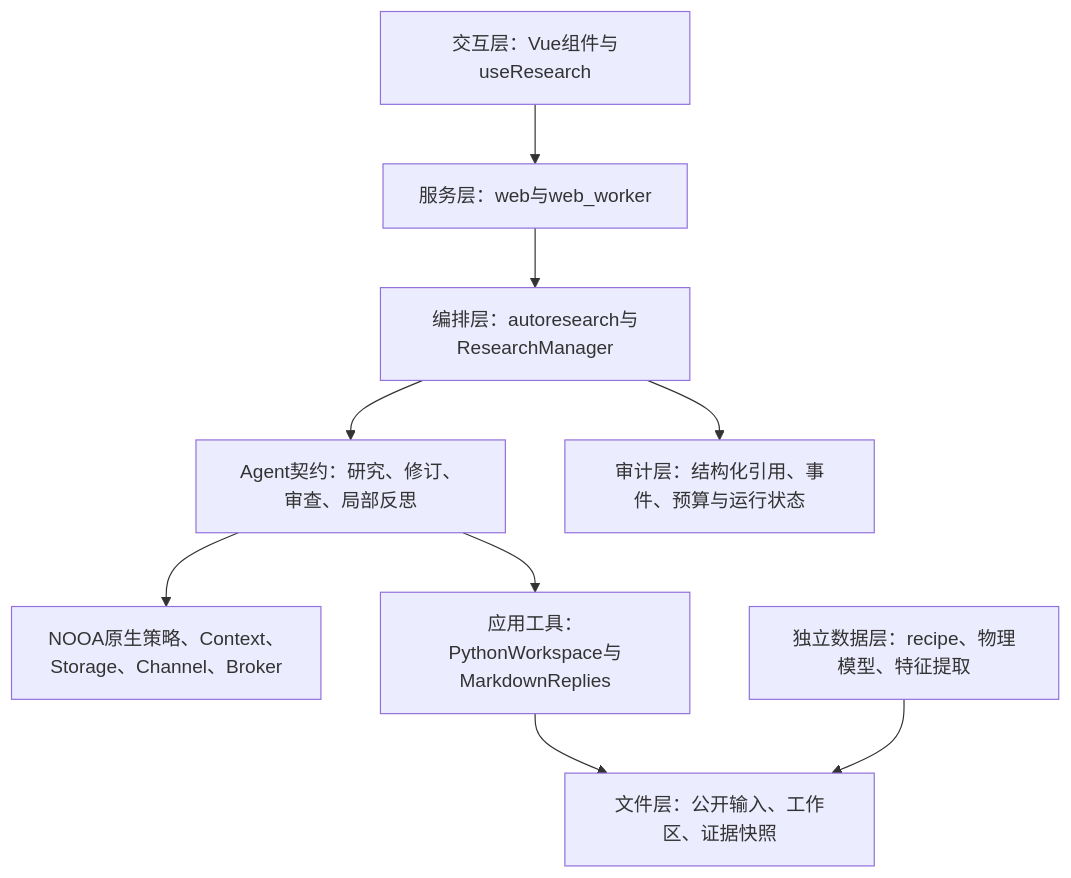
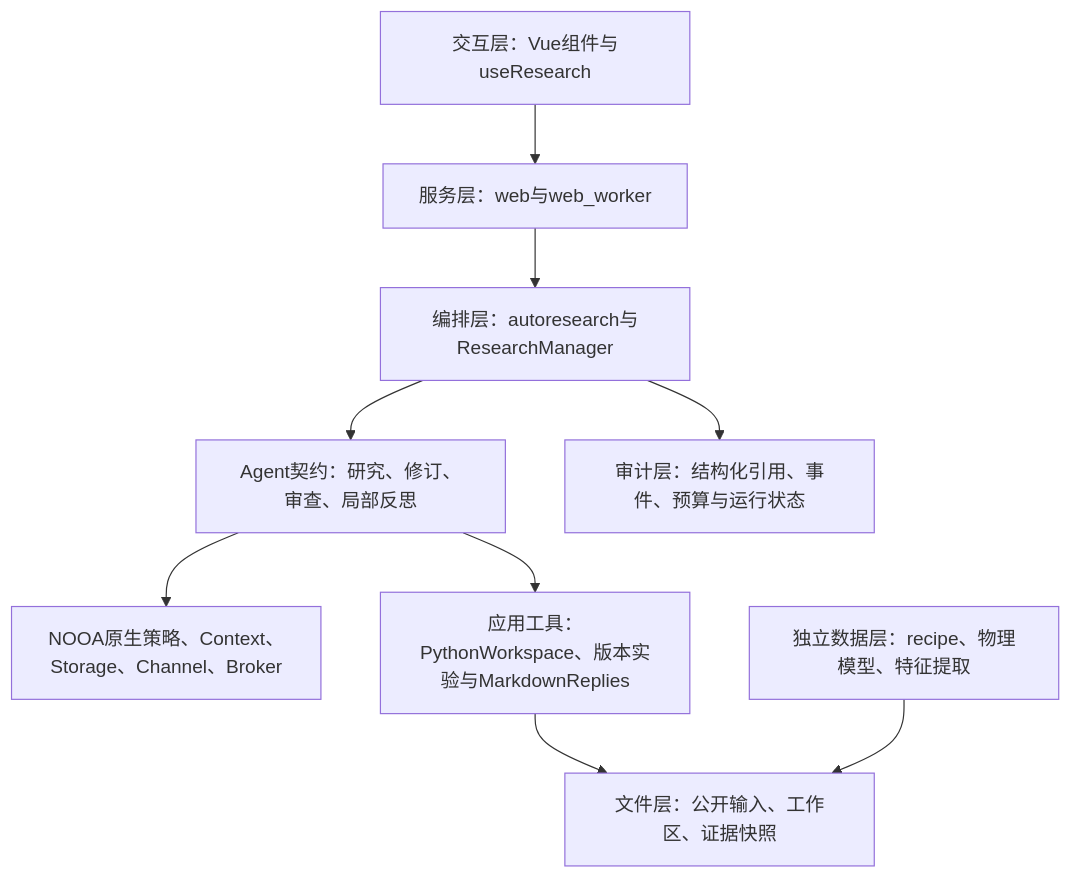
The diagram in docs/sphinx/diagrams/layers.mmd (pty819/nooa-etching-rca), drawn with Mermaid before and after one commit. The commit also changed 29 other files, not shown here.

```diff
--- a/docs/sphinx/diagrams/layers.mmd
+++ b/docs/sphinx/diagrams/layers.mmd
@@ -1,9 +1,9 @@
 flowchart TB
   UI[交互层：Vue组件与useResearch] --> HTTP[服务层：web与web_worker]
   HTTP --> ORCH[编排层：autoresearch与ResearchManager]
   ORCH --> AG[Agent契约：研究、修订、审查、局部反思]
   AG --> SDK[NOOA原生策略、Context、Storage、Channel、Broker]
-  AG --> WORK[应用工具：PythonWorkspace与MarkdownReplies]
+  AG --> WORK[应用工具：PythonWorkspace、版本实验与MarkdownReplies]
   WORK --> DATA[文件层：公开输入、工作区、证据快照]
   ORCH --> AUDIT[审计层：结构化引用、事件、预算与运行状态]
   SIM[独立数据层：recipe、物理模型、特征提取] --> DATA
```
